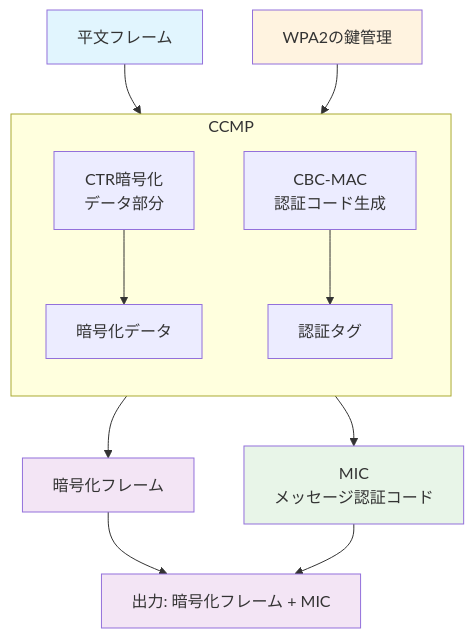
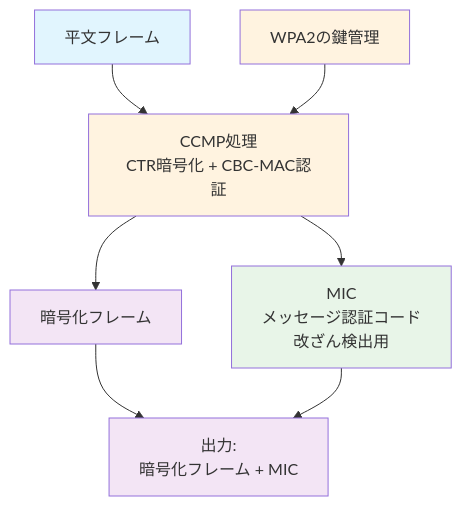
One commit to naokirin/learning_contemporary_cryptography changed the tenth of 10 diagrams in articles/第2回/article.md. Above: the diagram before and after it, drawn with Mermaid. The commit also changed other lines of this file and 6 other files, not shown here.

````diff
--- a/articles/第2回/article.md
+++ b/articles/第2回/article.md
@@ -1203,23 +1197,18 @@
 ```mermaid
 flowchart TD
-    PF[平文フレーム] --> CCMP
+    PF[平文フレーム] --> CCMP[CCMP処理<br/>CTR暗号化 + CBC-MAC認証]
     CCMP --> CF[暗号化フレーム]
-    CCMP --> MIC[MIC<br/>メッセージ認証コード]
+    CCMP --> MIC[MIC<br/>メッセージ認証コード<br/>改ざん検出用]
     
     WPA2_KEY[WPA2の鍵管理] --> CCMP
     
-    CF --> OUTPUT[出力: 暗号化フレーム + MIC]
+    CF --> OUTPUT[出力:<br/>暗号化フレーム + MIC]
     MIC --> OUTPUT
     
-    subgraph CCMP[CCMP]
-        direction TB
-        CTR[CTR暗号化<br/>データ部分] --> ENCRYPTED[暗号化データ]
-        CBC_MAC[CBC-MAC<br/>認証コード生成] --> AUTH_TAG[認証タグ]
-    end
-    
     style PF fill:#e1f5fe
+    style CCMP fill:#fff3e0
     style CF fill:#f3e5f5
     style MIC fill:#e8f5e8
     style WPA2_KEY fill:#fff3e0
     style OUTPUT fill:#f3e5f5
 ```
````
